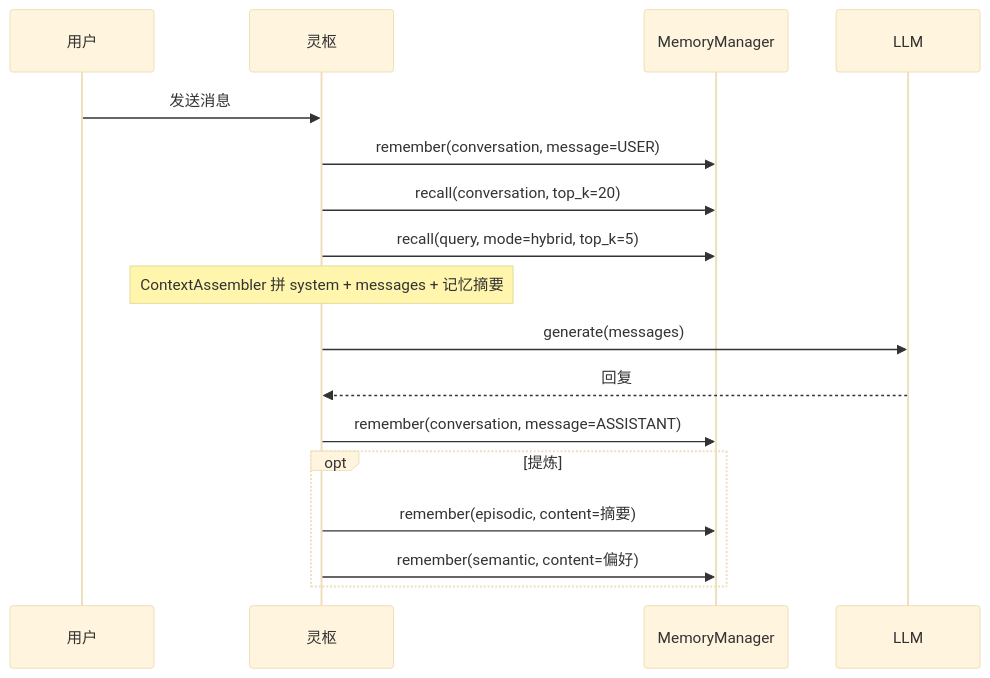
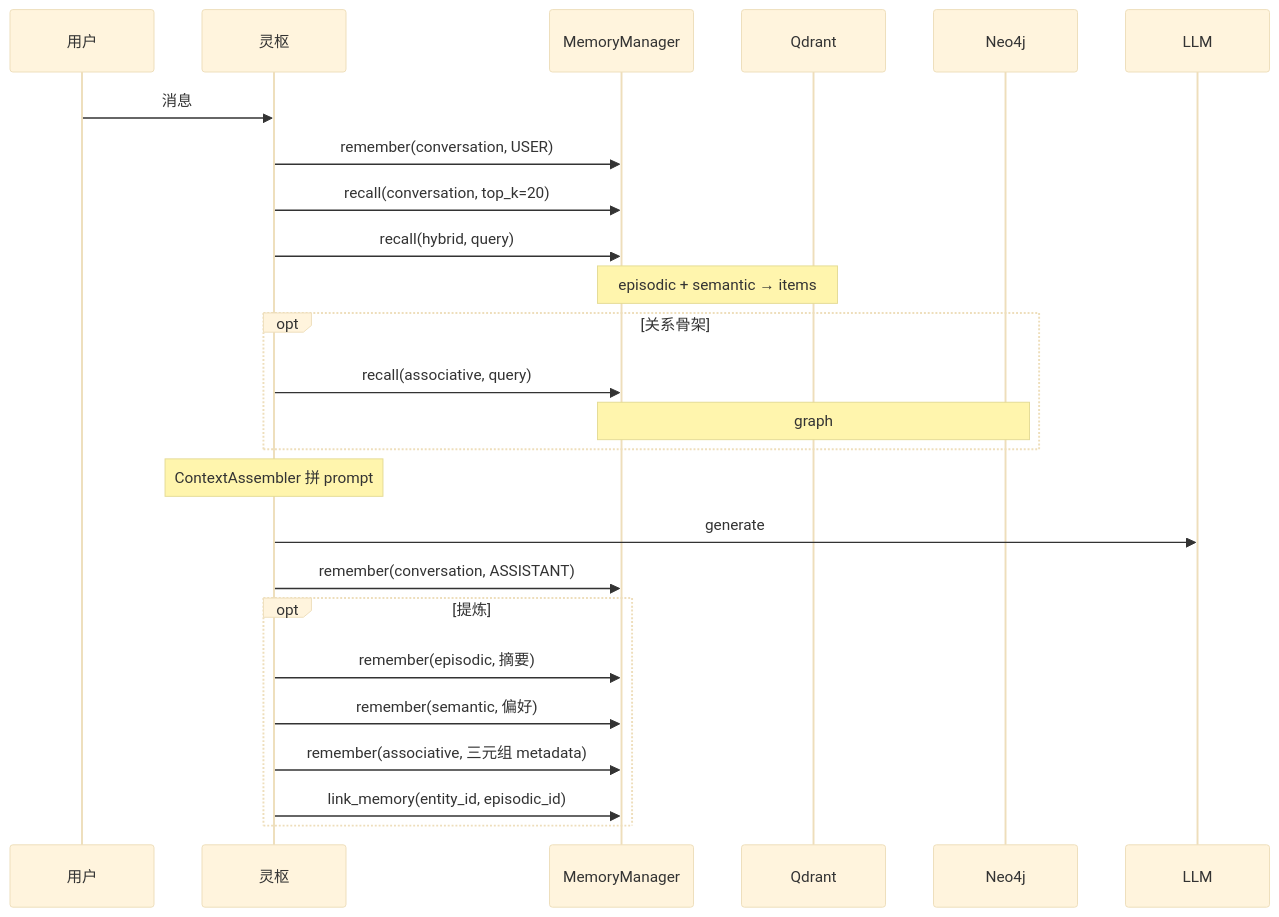
One commit to Zhong-y-j/Hubloom changed the third of 3 diagrams in 设计思路.md. Above: the diagram before and after it, drawn with Mermaid (base theme). The commit also changed other lines of this file and 12 other files, not shown here.

````diff
--- a/设计思路.md
+++ b/设计思路.md
@@ -727,20 +924,28 @@
 ```mermaid
 sequenceDiagram
     participant U as 用户
     participant C as 灵枢
     participant M as MemoryManager
+    participant Q as Qdrant
+    participant G as Neo4j
     participant L as LLM
 
-    U->>C: 发送消息
-    C->>M: remember(conversation, message=USER)
+    U->>C: 消息
+    C->>M: remember(conversation, USER)
     C->>M: recall(conversation, top_k=20)
-    C->>M: recall(query, mode=hybrid, top_k=5)
-    Note over C: ContextAssembler 拼 system + messages + 记忆摘要
-    C->>L: generate(messages)
-    L-->>C: 回复
-    C->>M: remember(conversation, message=ASSISTANT)
+    C->>M: recall(hybrid, query) 
+    Note over M,Q: episodic + semantic → items
+    opt 关系骨架
+        C->>M: recall(associative, query)
+        Note over M,G: graph
+    end
+    Note over C: ContextAssembler 拼 prompt
+    C->>L: generate
+    C->>M: remember(conversation, ASSISTANT)
     opt 提炼
-        C->>M: remember(episodic, content=摘要)
-        C->>M: remember(semantic, content=偏好)
+        C->>M: remember(episodic, 摘要)
+        C->>M: remember(semantic, 偏好)
+        C->>M: remember(associative, 三元组 metadata)
+        C->>M: link_memory(entity_id, episodic_id)
     end
 ```
````
